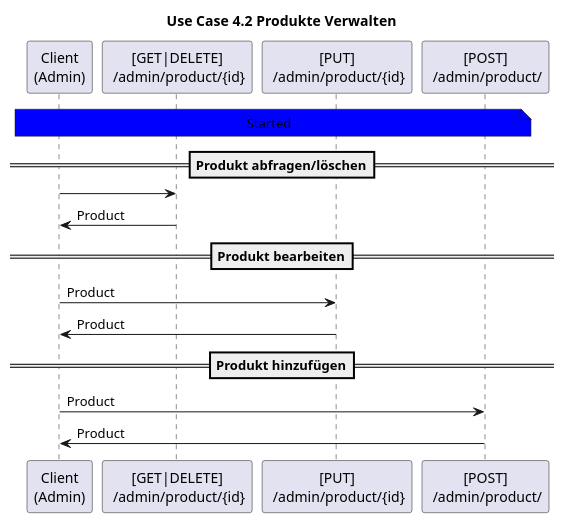
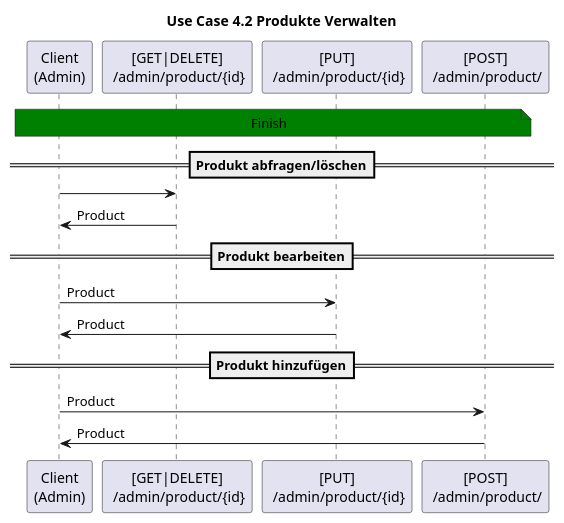
One commit to Mankianer/TresenSystem changed the third of 3 diagrams in docs/api-sequence-diagram/UseCase/Use-Case_4.puml. Above: the diagram before and after it, drawn with PlantUML. The commit also changed 5 other files, not shown here.

```diff
--- a/docs/api-sequence-diagram/UseCase/Use-Case_4.puml
+++ b/docs/api-sequence-diagram/UseCase/Use-Case_4.puml
@@ -32,17 +32,17 @@
 @startuml
 title Use Case 4.2 Produkte Verwalten
-note across #blue: Started
+note across #green: Finish
 
 ==Produkt abfragen/löschen==
 "Client\n(Admin)" -> "[GET|DELETE]\n /admin/product/{id}"
 "Client\n(Admin)" <- "[GET|DELETE]\n /admin/product/{id}": Product
 
 ==Produkt bearbeiten==
 "Client\n(Admin)" -> "[PUT]\n /admin/product/{id}": Product
 "Client\n(Admin)" <- "[PUT]\n /admin/product/{id}": Product
 
 ==Produkt hinzufügen==
 "Client\n(Admin)" -> "[POST]\n /admin/product/": Product
 "Client\n(Admin)" <- "[POST]\n /admin/product/": Product
 
 @enduml
```
